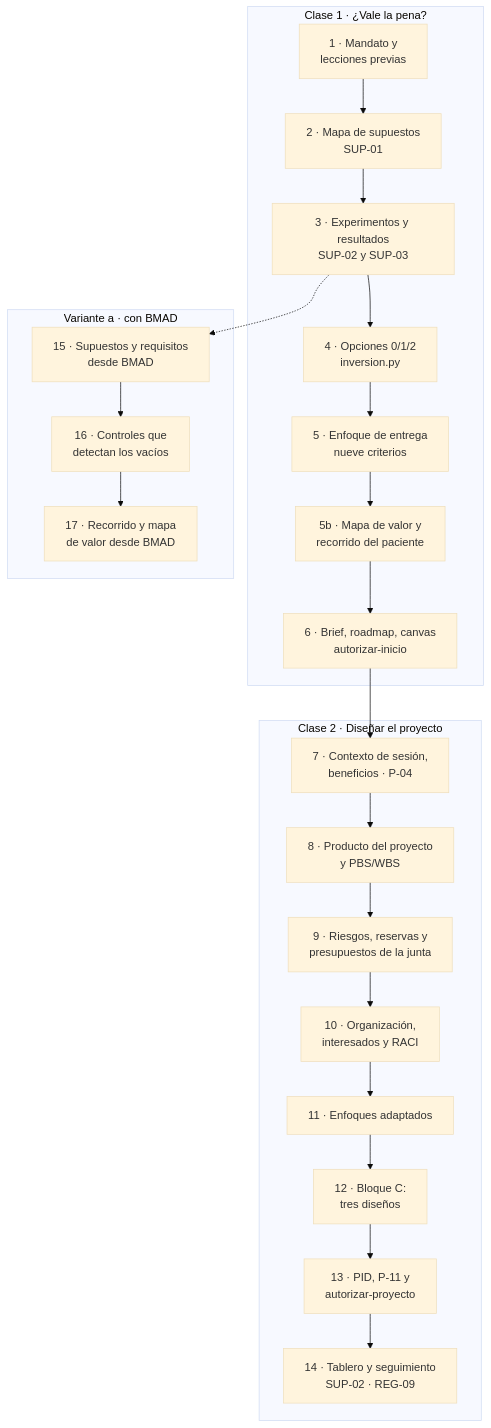
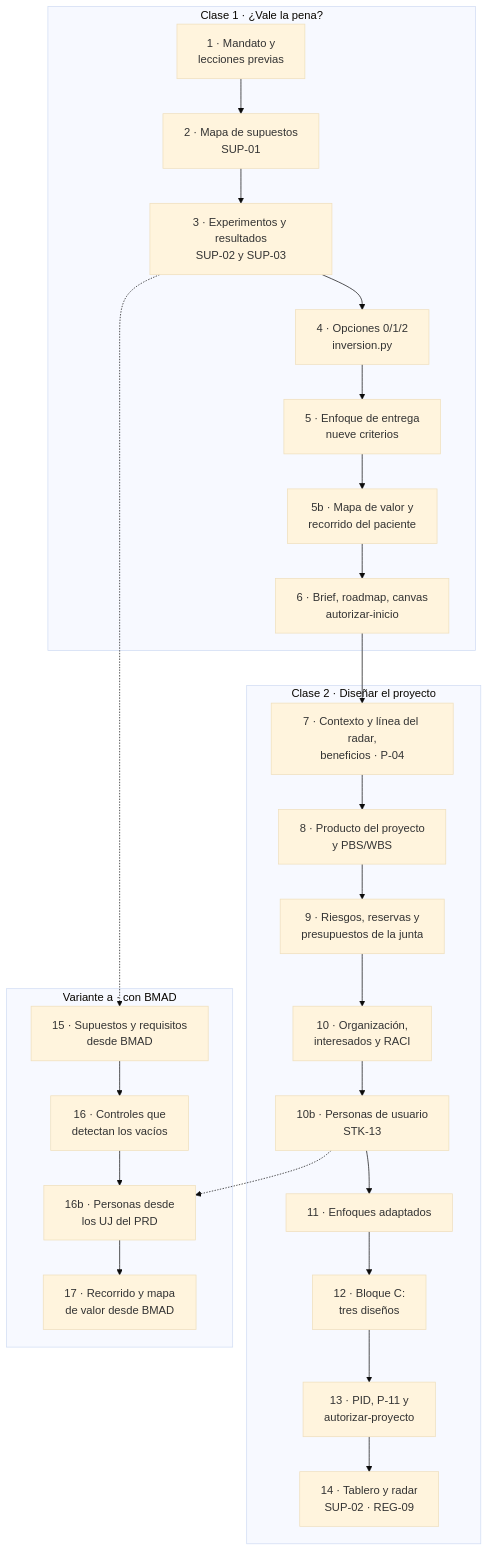
Before and after one commit to Arturo-Penas-Rial/pm-method: the first of 2 diagrams in docs/guias/E2E-5-idea-a-proyecto.md, drawn with Mermaid (base theme). The commit also changed other lines of this file and 284 other files, not shown here.

Commit message:
pm-method 2.4.0: contingencias, personas, radar, lecciones, impacto, auditoría y material de formación

````diff
--- a/docs/guias/E2E-5-idea-a-proyecto.md
+++ b/docs/guias/E2E-5-idea-a-proyecto.md
@@ -129,21 +142,22 @@
 ```mermaid
 flowchart TB
     subgraph c1["Clase 1 · ¿Vale la pena?"]
         a["1 · Mandato y<br/>lecciones previas"] --> b["2 · Mapa de supuestos<br/>SUP-01"]
         b --> c["3 · Experimentos y resultados<br/>SUP-02 y SUP-03"] --> d["4 · Opciones 0/1/2<br/>inversion.py"]
         d --> e["5 · Enfoque de entrega<br/>nueve criterios"] --> e2["5b · Mapa de valor y<br/>recorrido del paciente"]
         e2 --> f["6 · Brief, roadmap, canvas<br/>autorizar-inicio"]
     end
     subgraph c2["Clase 2 · Diseñar el proyecto"]
-        g["7 · Contexto de sesión,<br/>beneficios · P-04"] --> h["8 · Producto del proyecto<br/>y PBS/WBS"]
+        g["7 · Contexto y línea del radar,<br/>beneficios · P-04"] --> h["8 · Producto del proyecto<br/>y PBS/WBS"]
         h --> i["9 · Riesgos, reservas y<br/>presupuestos de la junta"] --> j["10 · Organización,<br/>interesados y RACI"]
-        j --> k["11 · Enfoques adaptados"] --> l["12 · Bloque C:<br/>tres diseños"]
-        l --> m["13 · PID, P-11 y<br/>autorizar-proyecto"] --> n["14 · Tablero y seguimiento<br/>SUP-02 · REG-09"]
+        j --> j2["10b · Personas de usuario<br/>STK-13"] --> k["11 · Enfoques adaptados"] --> l["12 · Bloque C:<br/>tres diseños"]
+        l --> m["13 · PID, P-11 y<br/>autorizar-proyecto"] --> n["14 · Tablero y radar<br/>SUP-02 · REG-09"]
     end
     subgraph va["Variante a · con BMAD"]
         o["15 · Supuestos y requisitos<br/>desde BMAD"] --> p["16 · Controles que<br/>detectan los vacíos"]
-        p --> q["17 · Recorrido y mapa<br/>de valor desde BMAD"]
+        p --> p2["16b · Personas desde<br/>los UJ del PRD"] --> q["17 · Recorrido y mapa<br/>de valor desde BMAD"]
     end
     f --> g
     c -.-> o
+    j2 -.-> p2
 ```
````
